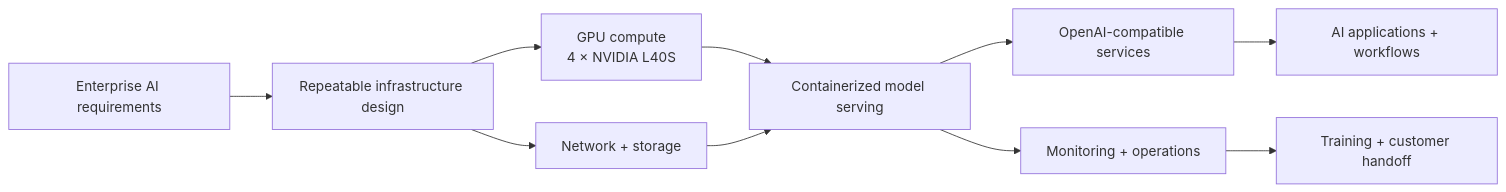
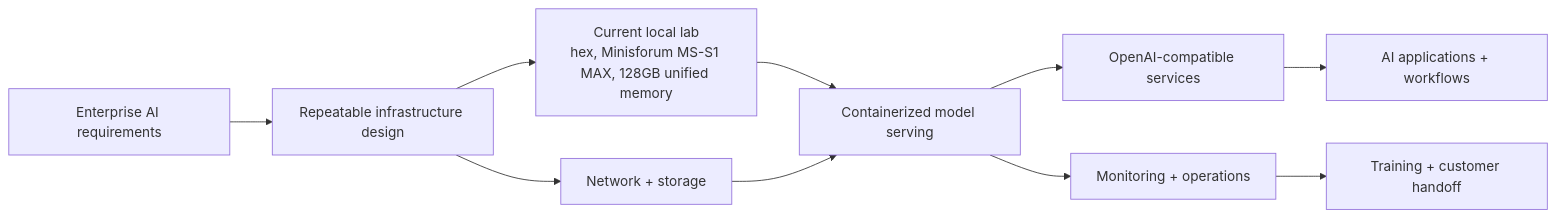
Before and after one commit to nixfred/ai: the first of 4 diagrams in README.md, drawn with Mermaid. The commit also changed other lines of this file and 2 other files, not shown here.

First line of the commit message:
Update current lab hardware from L40S to hex

````diff
--- a/README.md
+++ b/README.md
@@ -30,12 +30,12 @@
 ```mermaid
 flowchart LR
     A[Enterprise AI requirements] --> B[Repeatable infrastructure design]
-    B --> C[GPU compute<br/>4 × NVIDIA L40S]
+    B --> C[Current local lab<br/>hex, Minisforum MS-S1 MAX, 128GB unified memory]
     B --> D[Network + storage]
     C --> E[Containerized model serving]
     D --> E
     E --> F[OpenAI-compatible services]
     F --> G[AI applications + workflows]
     E --> H[Monitoring + operations]
     H --> I[Training + customer handoff]
 ```
````
